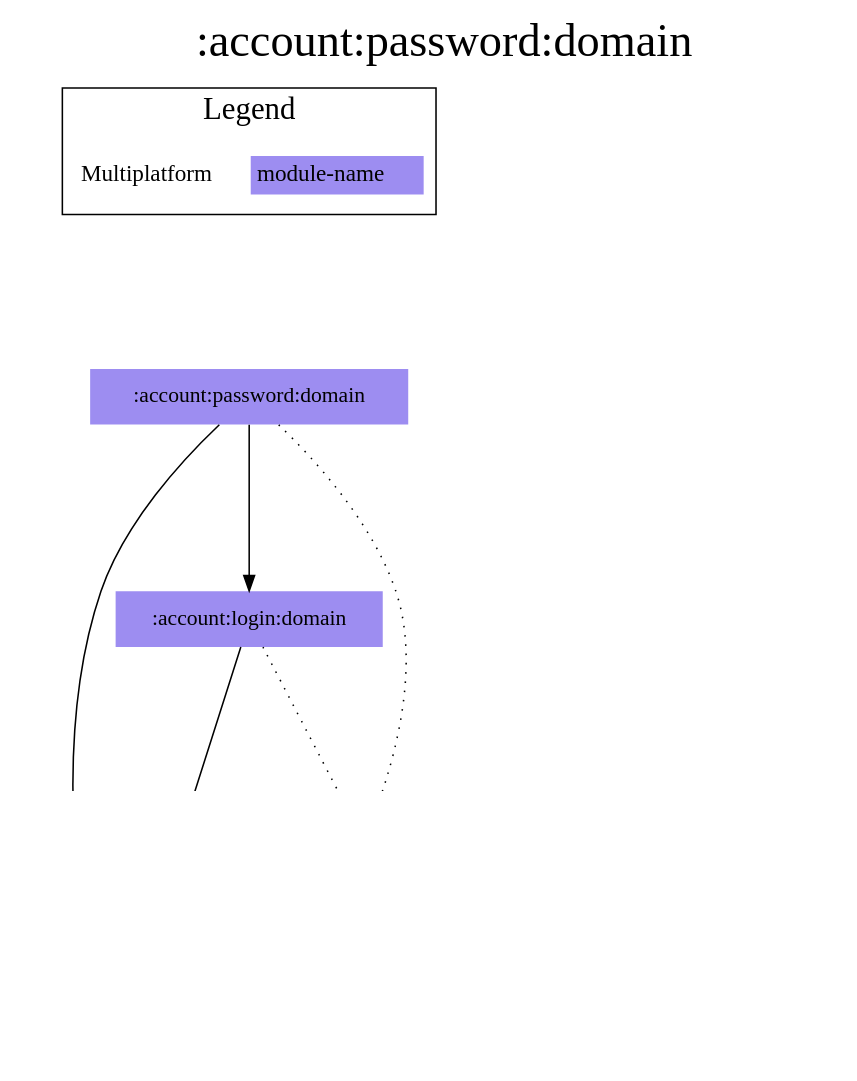
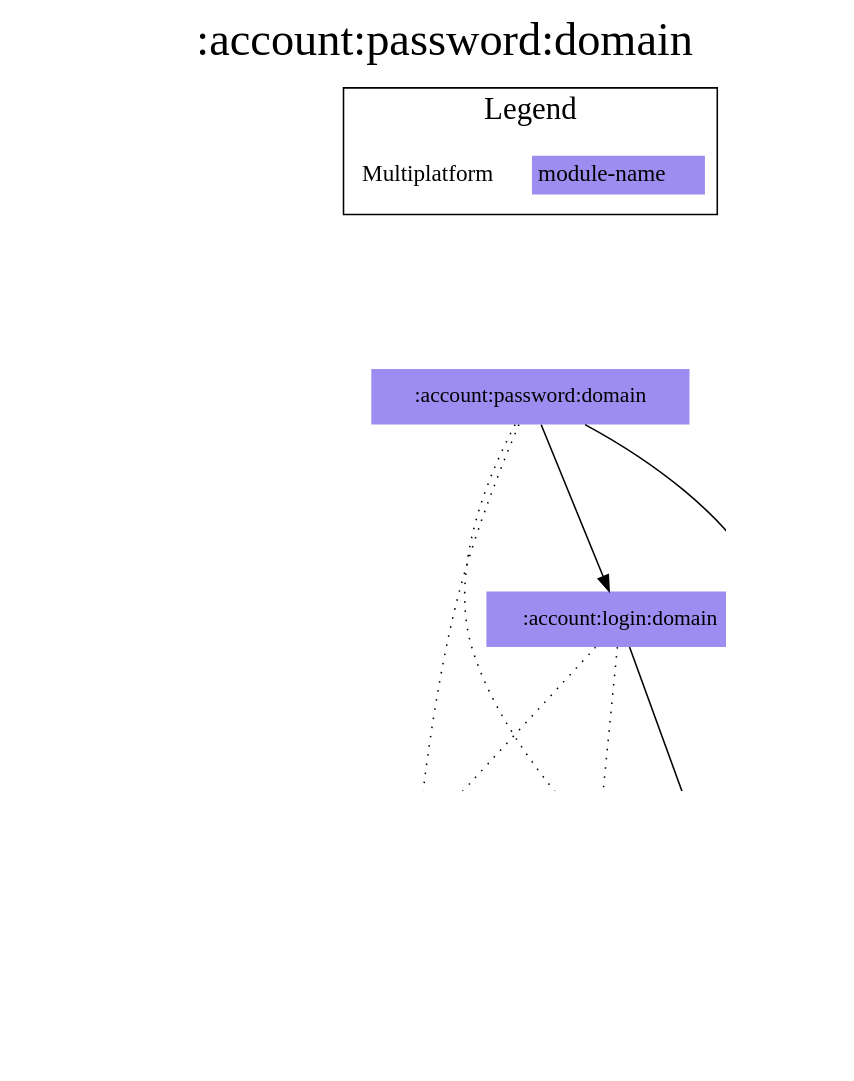
The diagram in modules/account/password/domain/modules.dot (jonapoul/aktual), drawn with Graphviz before and after one commit. The commit also changed 56 other files, not shown here.

```diff
--- a/modules/account/password/domain/modules.dot
+++ b/modules/account/password/domain/modules.dot
@@ -1,34 +1,39 @@
 digraph {
 edge ["dir"="forward"]
 graph ["dpi"="100","label"=":account:password:domain","labelloc"="t","fontsize"="30","ranksep"="1.5","rankdir"="TB"]
 node ["style"="filled"]
 ":account:login:domain" ["fillcolor"="#9D8DF1","shape"="none"]
 ":account:model" ["fillcolor"="#9D8DF1","shape"="none"]
 ":account:password:domain" ["fillcolor"="#9D8DF1","shape"="none"]
 ":api:actual" ["fillcolor"="#9D8DF1","shape"="none"]
 ":budget:model" ["fillcolor"="#9D8DF1","shape"="none"]
 ":codegen:annotation" ["fillcolor"="#9D8DF1","shape"="none"]
 ":core:model" ["fillcolor"="#9D8DF1","shape"="none"]
+":prefs" ["fillcolor"="#9D8DF1","shape"="none"]
 {
 edge ["dir"="none"]
 graph ["rank"="same"]
 }
 ":account:login:domain" -> ":account:model"
 ":account:login:domain" -> ":api:actual" ["style"="dotted"]
+":account:login:domain" -> ":prefs" ["style"="dotted"]
 ":account:password:domain" -> ":account:login:domain"
 ":account:password:domain" -> ":account:model"
 ":account:password:domain" -> ":api:actual" ["style"="dotted"]
+":account:password:domain" -> ":prefs" ["style"="dotted"]
 ":api:actual" -> ":account:model"
 ":api:actual" -> ":budget:model"
 ":api:actual" -> ":codegen:annotation" ["style"="dotted"]
 ":api:actual" -> ":core:model"
+":prefs" -> ":account:model"
+":prefs" -> ":core:model"
 subgraph "cluster_legend" {
 edge ["dir"="none"]
 graph ["label"="Legend","fontsize"="20"]
 "Legend" ["style"="filled","fillcolor"="#FFFFFF","shape"="none","margin"="0","fontsize"="15","label"=<
 <TABLE BORDER="0" CELLBORDER="0" CELLSPACING="0" CELLPADDING="4">
 <TR><TD>Multiplatform</TD><TD BGCOLOR="#9D8DF1">module-name</TD></TR>
 </TABLE>
 >]
 } -> ":account:password:domain" ["style"="invis"]
 }
```
